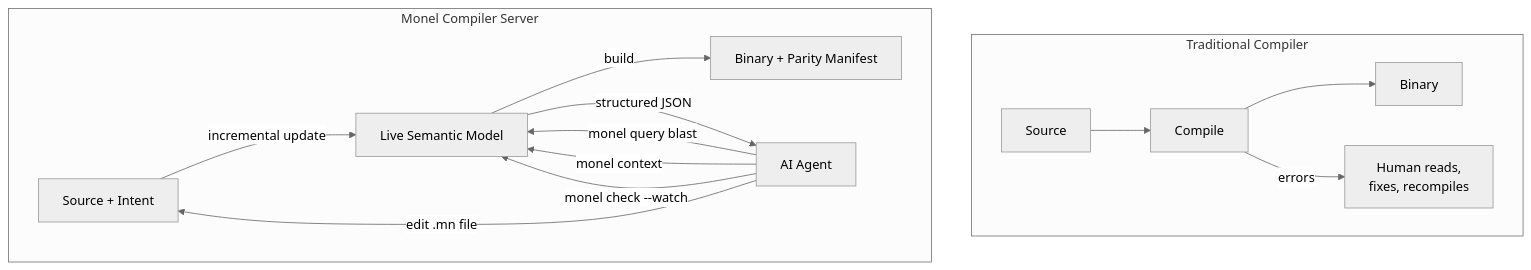
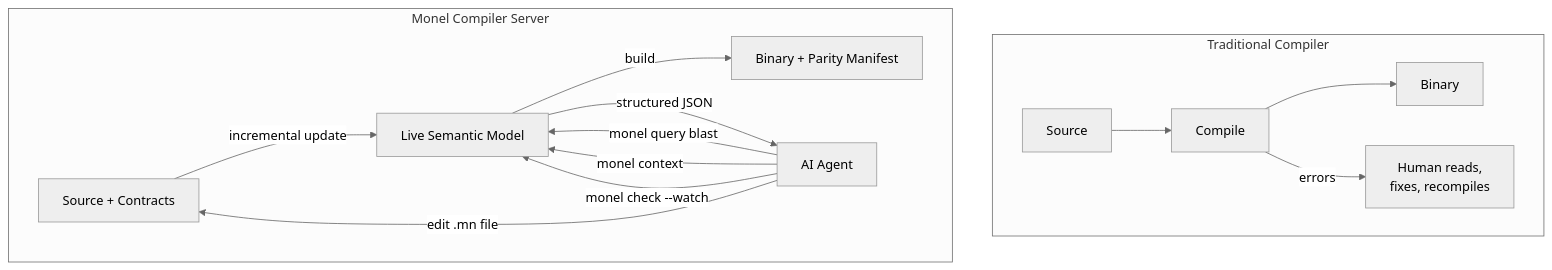
The fourth of 4 diagrams in spec/01-overview.md (monel-io/monel), drawn with Mermaid (neutral theme) before and after one commit. The commit also changed other lines of this file and 2 other files, not shown here.

````diff
--- a/spec/01-overview.md
+++ b/spec/01-overview.md
@@ -363,22 +368,22 @@
 ```mermaid
 graph TD
     subgraph "Traditional Compiler"
         T1["Source"] --> T2["Compile"] --> T3["Binary"]
         T2 -->|"errors"| T4["Human reads,<br/>fixes, recompiles"]
     end
 
     subgraph "Monel Compiler Server"
-        M1["Source + Intent"]
+        M1["Source + Contracts"]
         M2["Live Semantic Model"]
         M3["Binary + Parity Manifest"]
 
         M1 -->|"incremental update"| M2
         M2 -->|"build"| M3
 
         AI["AI Agent"] -->|"monel query blast"| M2
         AI -->|"monel context"| M2
         AI -->|"monel check --watch"| M2
         M2 -->|"structured JSON"| AI
         AI -->|"edit .mn file"| M1
     end
 ```
````
